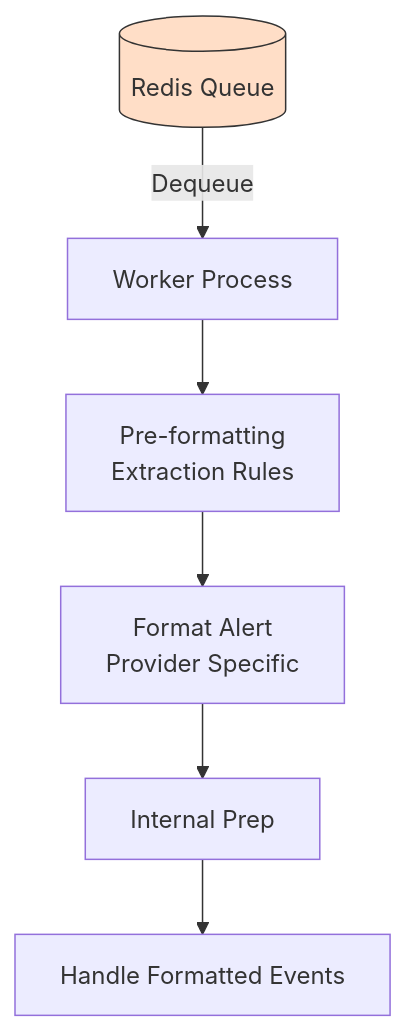
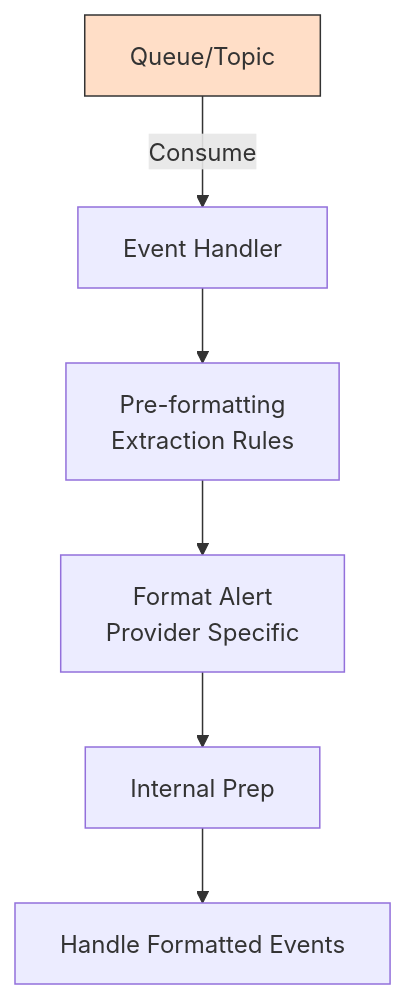
The second of 4 diagrams in data-flow.mdx (venaTeam/docs), drawn with Mermaid before and after one commit. The commit also changed other lines of this file and 6 other files, not shown here.

````diff
--- a/data-flow.mdx
+++ b/data-flow.mdx
@@ -42,10 +45,10 @@
 ```mermaid
 flowchart TD
-    Redis[(Redis Queue)] -->|Dequeue| Worker[Worker Process]
+    Storage[Queue/Topic] -->|Consume| Worker[Event Handler]
     Worker --> Extraction[Pre-formatting <br/> Extraction Rules]
     Extraction --> Format[Format Alert <br/> Provider Specific]
     Format --> InternalPrep[Internal Prep]
     InternalPrep --> HandleFormatted[Handle Formatted Events]
     
-    style Redis fill:#ffdec7,stroke:#333
+    style Storage fill:#ffdec7,stroke:#333
 ```
````
